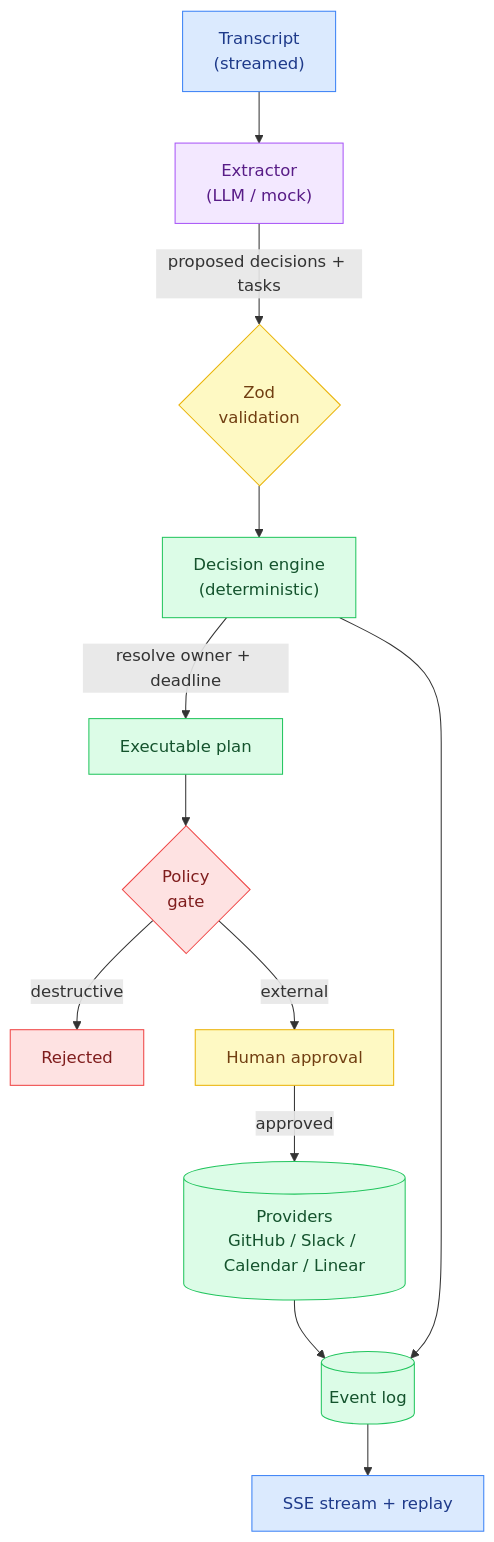
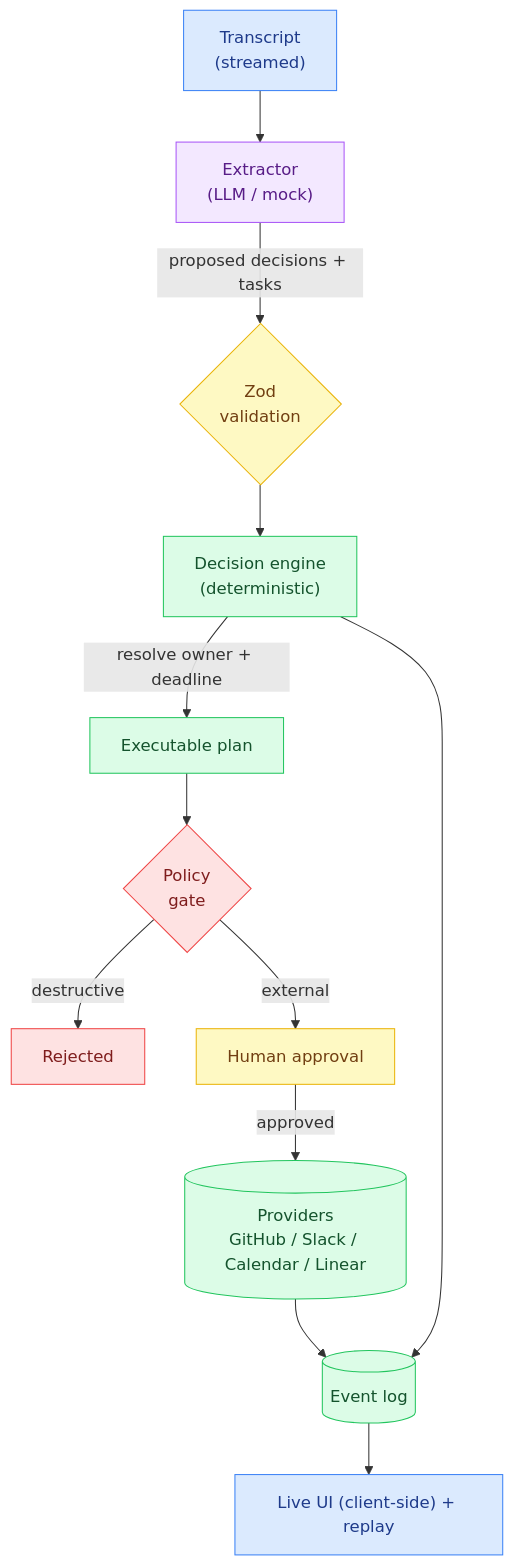
One commit to parag-labs/meeting-execution changed the first of 2 diagrams in README.md. Above: the diagram before and after it, drawn with Mermaid. The commit also changed other lines of this file and 7 other files, not shown here.

Commit message:
Run engine client-side and ship a static GitHub Pages demo

````diff
--- a/README.md
+++ b/README.md
@@ -62,20 +66,20 @@
 ```mermaid
 flowchart TB
     T["Transcript<br/>(streamed)"]:::blue --> EX["Extractor<br/>(LLM / mock)"]:::purple
     EX -->|"proposed decisions + tasks"| ZOD{"Zod<br/>validation"}:::amber
     ZOD --> DE["Decision engine<br/>(deterministic)"]:::green
     DE -->|"resolve owner + deadline"| PLAN["Executable plan"]:::green
     PLAN --> POL{"Policy<br/>gate"}:::red
     POL -->|"destructive"| REJ["Rejected"]:::red
     POL -->|"external"| HITL["Human approval"]:::amber
     HITL -->|"approved"| PROV[("Providers<br/>GitHub / Slack / Calendar / Linear")]:::green
     DE --> LOG[("Event log")]:::green
     PROV --> LOG
-    LOG --> UI["SSE stream + replay"]:::blue
+    LOG --> UI["Live UI (client-side) + replay"]:::blue
 
     classDef blue fill:#dbeafe,stroke:#3b82f6,color:#1e3a8a;
     classDef green fill:#dcfce7,stroke:#22c55e,color:#14532d;
     classDef red fill:#fee2e2,stroke:#ef4444,color:#7f1d1d;
     classDef purple fill:#f3e8ff,stroke:#a855f7,color:#581c87;
     classDef amber fill:#fef9c3,stroke:#eab308,color:#713f12;
 ```
````
